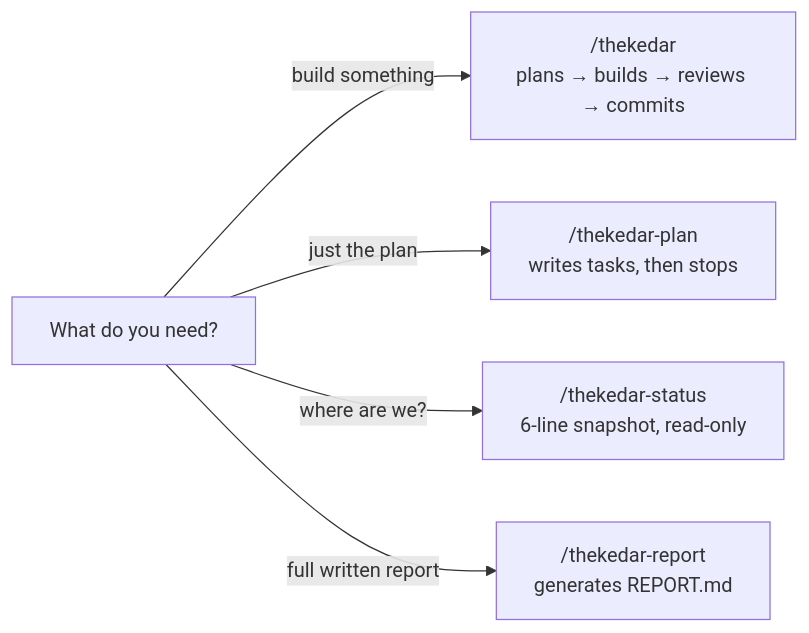
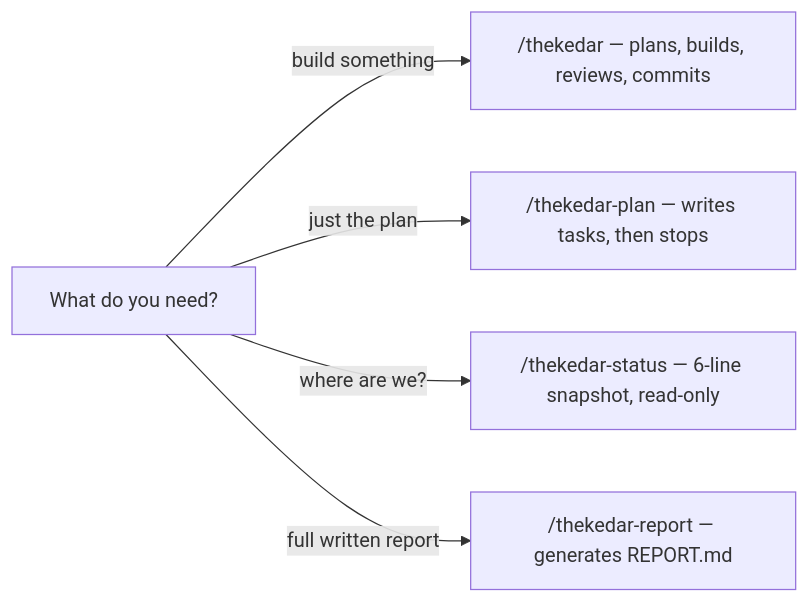
The second of 3 diagrams in README.md (soumyachk101/Thekedar), drawn with Mermaid before and after one commit. The commit also changed other lines of this file and 32 other files, not shown here.

````diff
--- a/README.md
+++ b/README.md
@@ -110,8 +111,8 @@
 ```mermaid
 flowchart LR
     Q["What do you need?"]
-    Q -->|"build something"| S1["/thekedar<br/>plans → builds → reviews → commits"]
-    Q -->|"just the plan"| S2["/thekedar-plan<br/>writes tasks, then stops"]
-    Q -->|"where are we?"| S3["/thekedar-status<br/>6-line snapshot, read-only"]
-    Q -->|"full written report"| S4["/thekedar-report<br/>generates REPORT.md"]
+    Q -->|"build something"| S1["/thekedar — plans, builds, reviews, commits"]
+    Q -->|"just the plan"| S2["/thekedar-plan — writes tasks, then stops"]
+    Q -->|"where are we?"| S3["/thekedar-status — 6-line snapshot, read-only"]
+    Q -->|"full written report"| S4["/thekedar-report — generates REPORT.md"]
 ```
````
